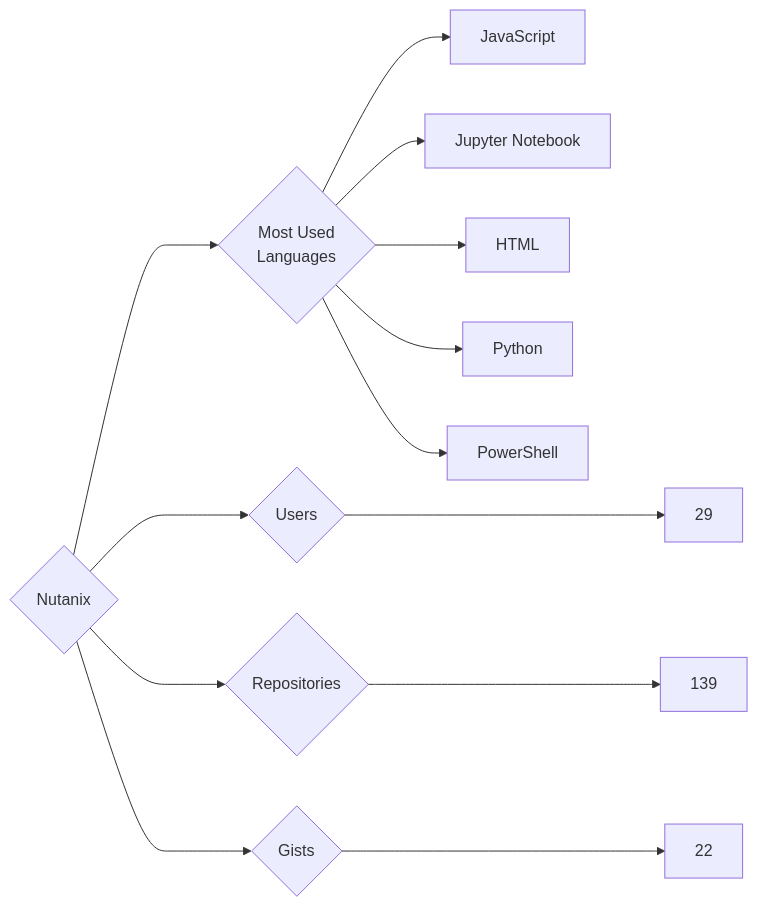
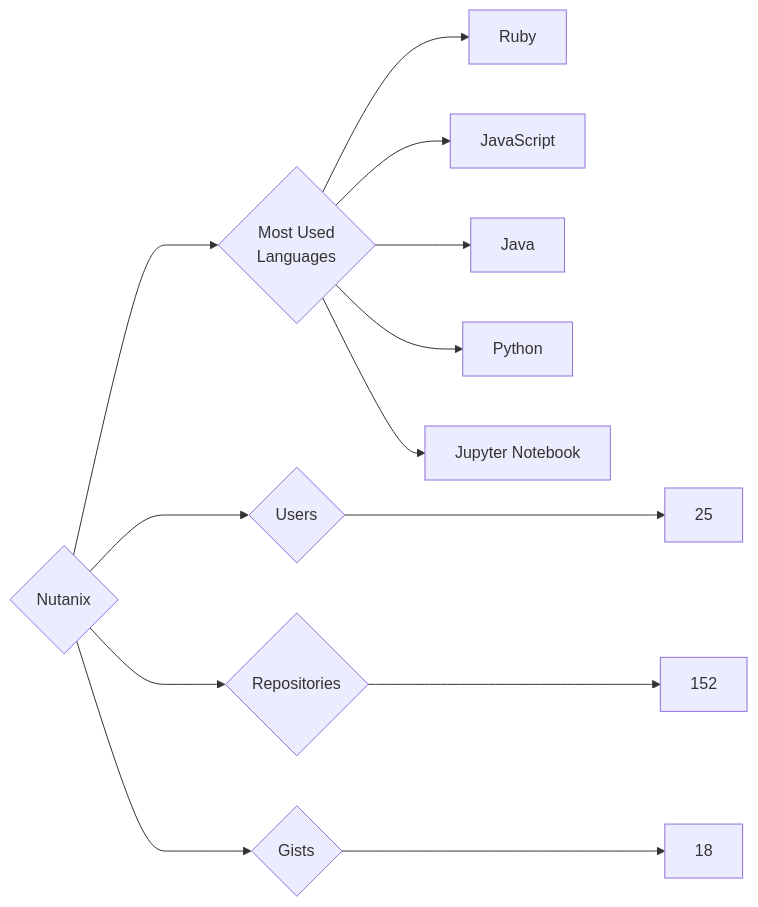
Before and after one commit to trickest/insiders: the diagram in targets/Nutanix/README.md, drawn with Mermaid. The commit also changed 953 other files, not shown here.

````diff
--- a/targets/Nutanix/README.md
+++ b/targets/Nutanix/README.md
@@ -3,13 +3,13 @@
 ```mermaid
 graph LR
 COMPANY_NAME{Nutanix}
-COMPANY_NAME ---> U{Users} ---> UN[29]
-COMPANY_NAME ---> R{Repositories} ---> RN[139]
-COMPANY_NAME ---> G{Gists} ---> GN[22]
+COMPANY_NAME ---> U{Users} ---> UN[25]
+COMPANY_NAME ---> R{Repositories} ---> RN[152]
+COMPANY_NAME ---> G{Gists} ---> GN[18]
 COMPANY_NAME ---> ML{Most Used<br>Languages}
+ML --> Ruby[Ruby]
 ML --> JavaScript[JavaScript]
+ML --> Java[Java]
+ML --> Python[Python]
 ML --> Jupyter_Notebook[Jupyter Notebook]
-ML --> HTML[HTML]
-ML --> Python[Python]
-ML --> PowerShell[PowerShell]
 ```
````
